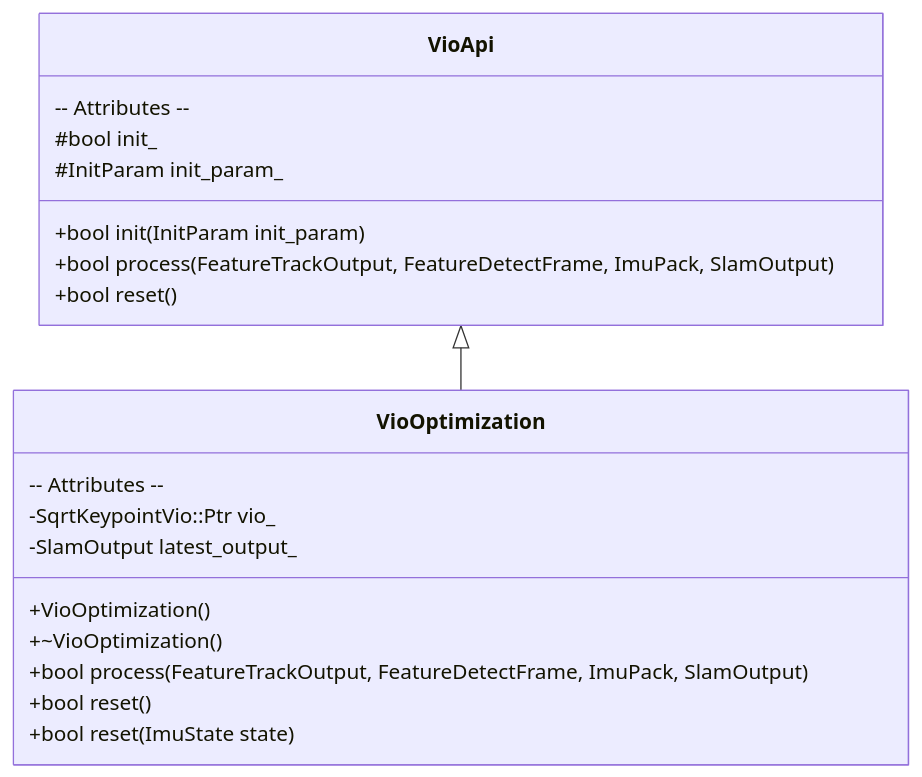
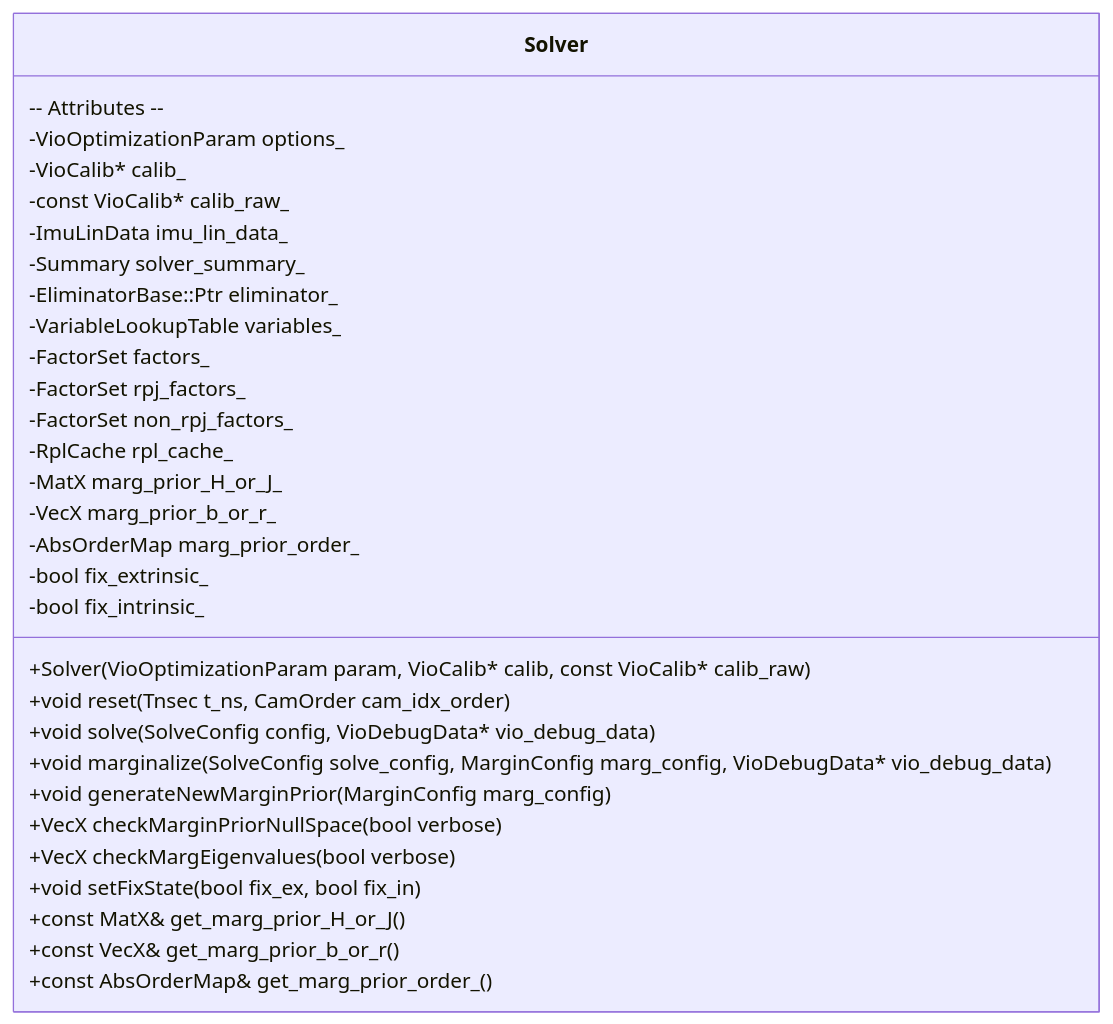
One commit to huzixuan1/iodraw-files changed the diagram in all/未命名-2.md. Above: the diagram before and after it, drawn with Mermaid.

Commit message:
2025-04-16 21:05:36 update

````diff
--- a/all/未命名-2.md
+++ b/all/未命名-2.md
@@ -1,27 +1,36 @@
 ```mermaid
 classDiagram
 %% 命名空间 xr
 
-class VioApi {
-  +bool init(InitParam init_param)
-  +bool process(FeatureTrackOutput, FeatureDetectFrame, ImuPack, SlamOutput)
-  +bool reset()
+class Solver {
+  +Solver(VioOptimizationParam param, VioCalib* calib, const VioCalib* calib_raw)
+  +void reset(Tnsec t_ns, CamOrder cam_idx_order)
+  +void solve(SolveConfig config, VioDebugData* vio_debug_data)
+  +void marginalize(SolveConfig solve_config, MarginConfig marg_config, VioDebugData* vio_debug_data)
+  +void generateNewMarginPrior(MarginConfig marg_config)
+  +VecX checkMarginPriorNullSpace(bool verbose)
+  +VecX checkMargEigenvalues(bool verbose)
+  +void setFixState(bool fix_ex, bool fix_in)
+  +const MatX& get_marg_prior_H_or_J()
+  +const VecX& get_marg_prior_b_or_r()
+  +const AbsOrderMap& get_marg_prior_order_()
   -- Attributes --
-  #bool init_
-  #InitParam init_param_
+  -VioOptimizationParam options_
+  -VioCalib* calib_
+  -const VioCalib* calib_raw_
+  -ImuLinData imu_lin_data_
+  -Summary solver_summary_
+  -EliminatorBase::Ptr eliminator_
+  -VariableLookupTable variables_
+  -FactorSet factors_
+  -FactorSet rpj_factors_
+  -FactorSet non_rpj_factors_
+  -RplCache rpl_cache_
+  -MatX marg_prior_H_or_J_
+  -VecX marg_prior_b_or_r_
+  -AbsOrderMap marg_prior_order_
+  -bool fix_extrinsic_
+  -bool fix_intrinsic_
 }
 
-class VioOptimization {
-  +VioOptimization()
-  +~VioOptimization()
-  +bool process(FeatureTrackOutput, FeatureDetectFrame, ImuPack, SlamOutput)
-  +bool reset()
-  +bool reset(ImuState state)
-  -- Attributes --
-  -SqrtKeypointVio::Ptr vio_
-  -SlamOutput latest_output_
-}
-
-VioApi <|-- VioOptimization
-
 ```
````
